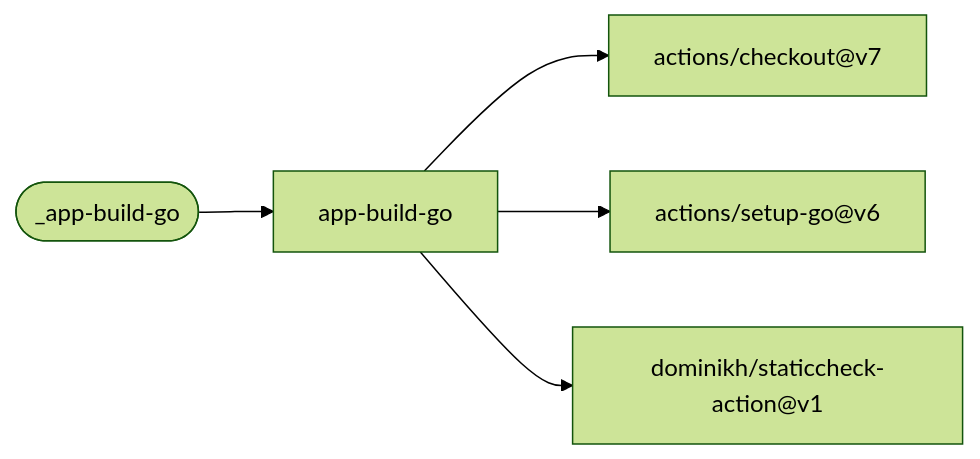
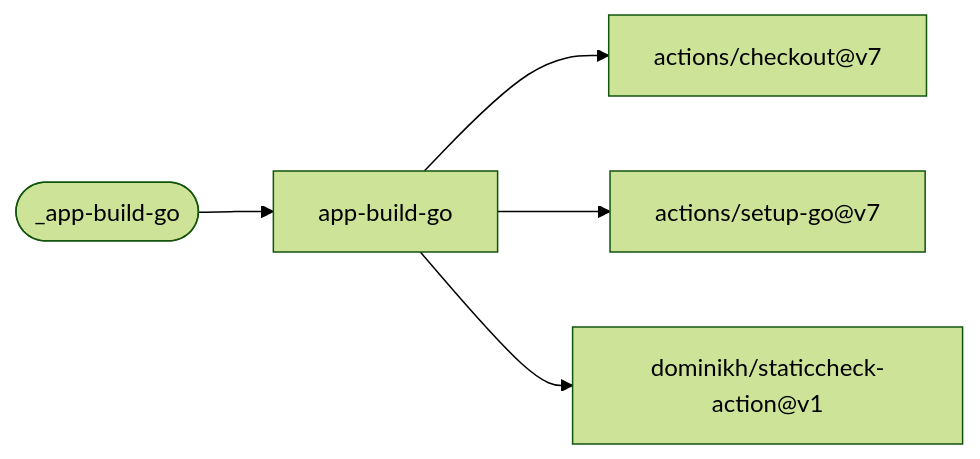
The second of 15 diagrams in README.md (f2calv/gha-workflows), drawn with Mermaid (forest theme) before and after one commit. The commit also changed other lines of this file, not shown here.

````diff
--- a/README.md
+++ b/README.md
@@ -86,8 +99,8 @@
 ```mermaid
 flowchart LR
     classDef f2calv fill:#dbeafe,stroke:#2563eb,color:#1e3a5f
     W(["_app-build-go"]) --> J["app-build-go"]
     J --> A1["actions/checkout@v7"]
-    J --> A2["actions/setup-go@v6"]
+    J --> A2["actions/setup-go@v7"]
     J --> A3["dominikh/staticcheck-action@v1"]
 ```
````
